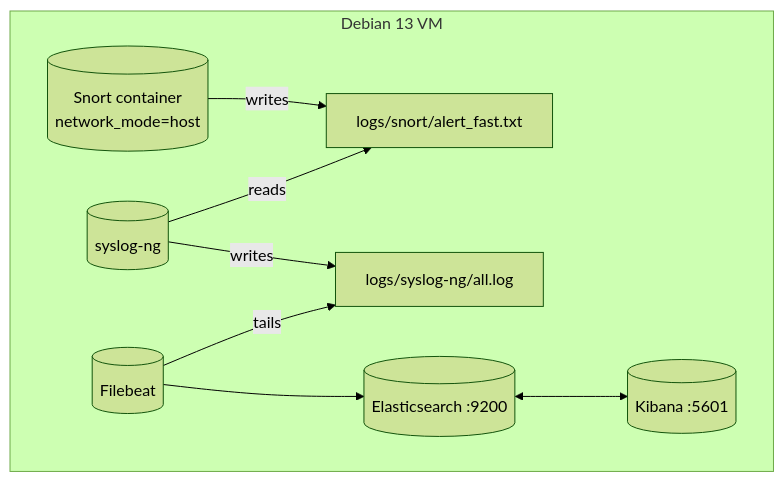
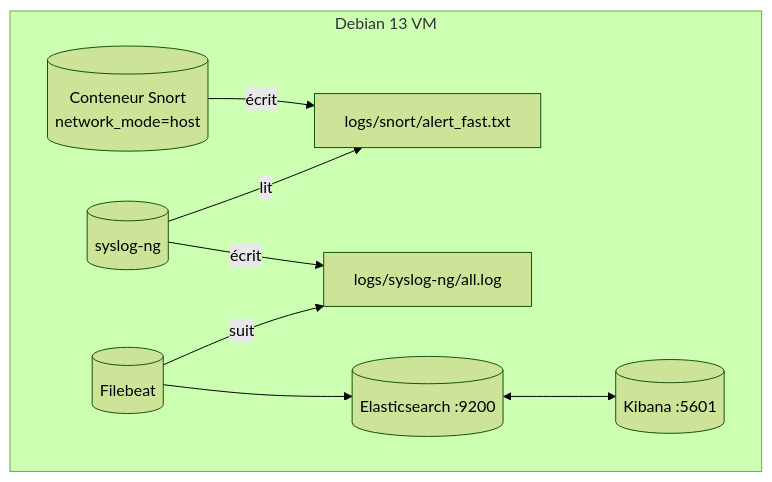
The diagram in README.md (fireblock29/My_SIEM), drawn with Mermaid (forest theme) before and after one commit. The commit also changed other lines of this file and 3 other files, not shown here.

````diff
--- a/README.md
+++ b/README.md
@@ -33,14 +30,14 @@
 ```mermaid
 flowchart LR
   subgraph Host[Debian 13 VM]
     direction LR
 
-    Snort[(Snort container\nnetwork_mode=host)] -- writes --> SLog[logs/snort/alert_fast.txt]
-    SyslogNG[(syslog-ng)] -- writes --> All[logs/syslog-ng/all.log]
+    Snort[(Conteneur Snort\nnetwork_mode=host)] -- écrit --> SLog[logs/snort/alert_fast.txt]
+    SyslogNG[(syslog-ng)] -- écrit --> All[logs/syslog-ng/all.log]
     Filebeat[(Filebeat)] --> ES[(Elasticsearch :9200)]
     ES <--> KB[(Kibana :5601)]
 
-    SyslogNG -- reads --> SLog
-    Filebeat -- tails --> All
+    SyslogNG -- lit --> SLog
+    Filebeat -- suit --> All
   end
 ```
````
